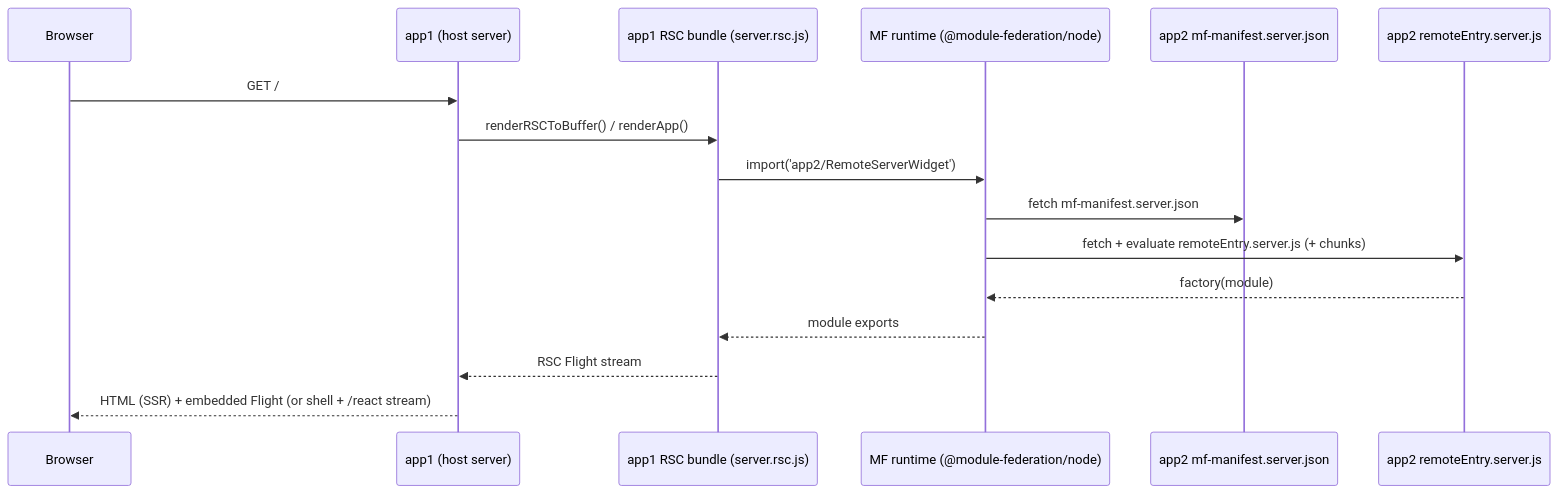
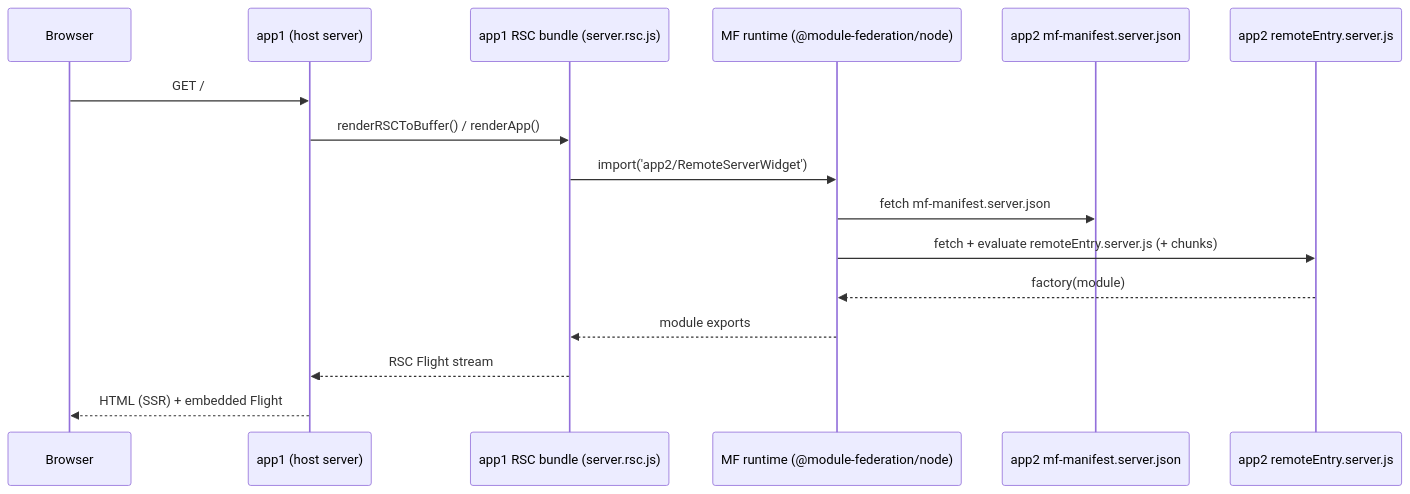
Before and after one commit to module-federation/core: the second of 4 diagrams in RSC_MF_ARCHITECTURE.md, drawn with Mermaid. The commit also changed other lines of this file and 4 other files, not shown here.

````diff
--- a/RSC_MF_ARCHITECTURE.md
+++ b/RSC_MF_ARCHITECTURE.md
@@ -186,19 +97,19 @@
 ```mermaid
 sequenceDiagram
   participant B as Browser
   participant H as app1 (host server)
   participant R as app1 RSC bundle (server.rsc.js)
   participant MF as MF runtime (@module-federation/node)
   participant M2 as app2 mf-manifest.server.json
   participant C2 as app2 remoteEntry.server.js
 
   B->>H: GET /
   H->>R: renderRSCToBuffer() / renderApp()
   R->>MF: import('app2/RemoteServerWidget')
   MF->>M2: fetch mf-manifest.server.json
   MF->>C2: fetch + evaluate remoteEntry.server.js (+ chunks)
   C2-->>MF: factory(module)
   MF-->>R: module exports
   R-->>H: RSC Flight stream
-  H-->>B: HTML (SSR) + embedded Flight (or shell + /react stream)
+  H-->>B: HTML (SSR) + embedded Flight
 ```
````
